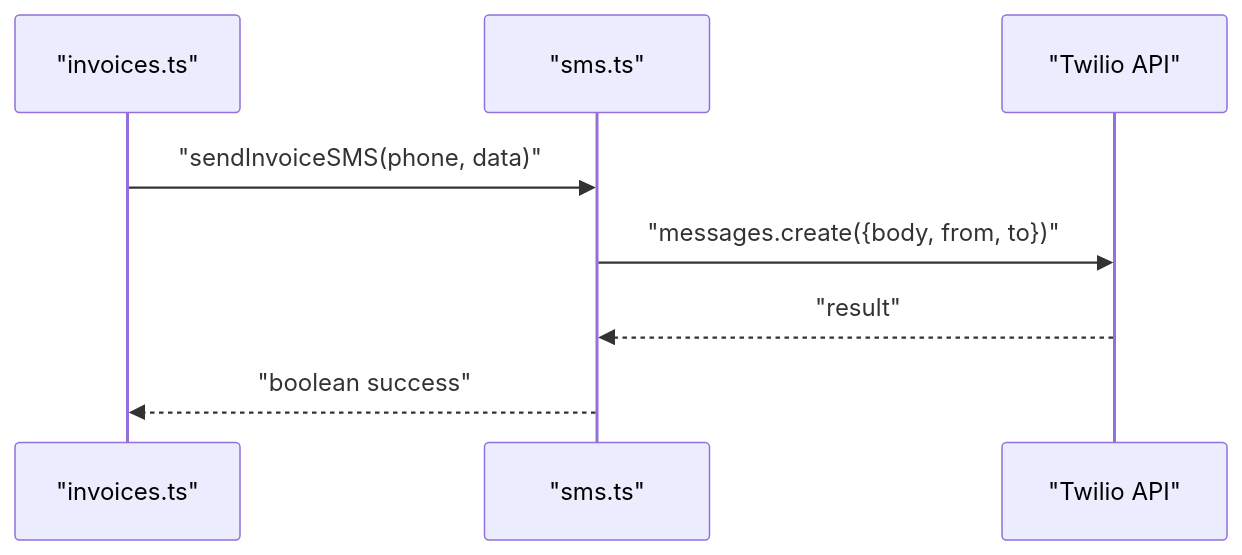
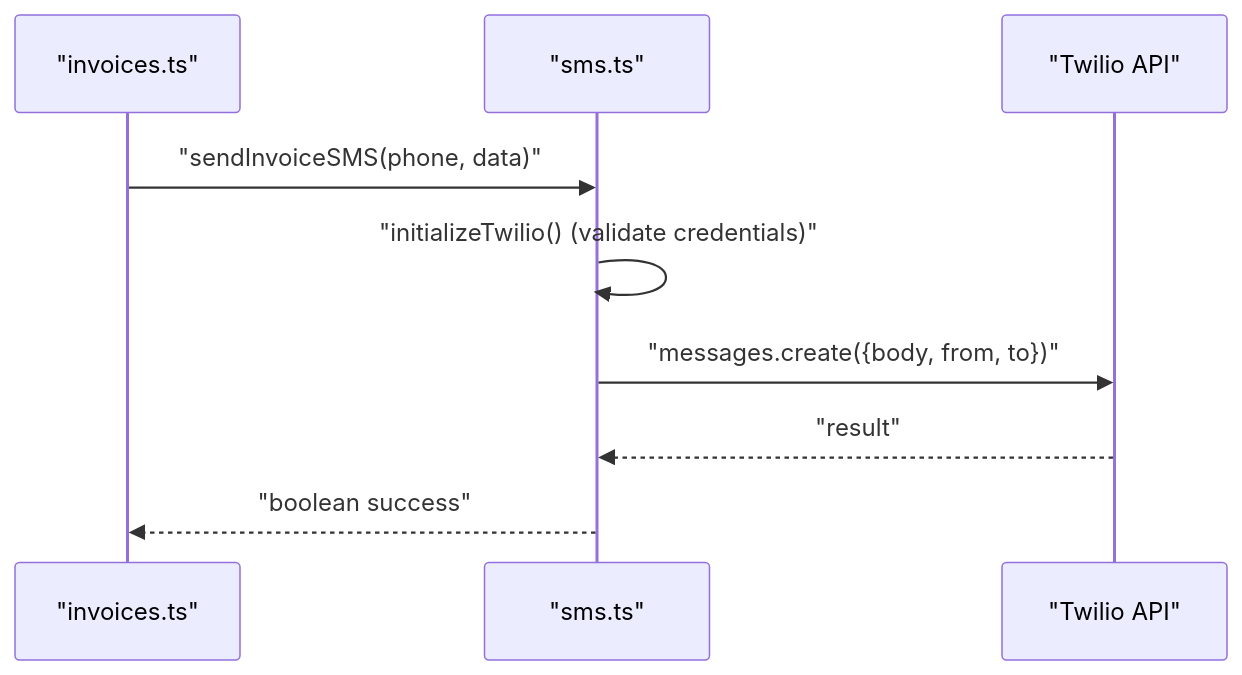
Before and after one commit to Dequeue-Tech/DeQ-Bite: the sixth of 10 diagrams in .qoder/repowiki/en/content/Document Generation/Document Generation.md, drawn with Mermaid. The commit also changed other lines of this file and 8 other files, not shown here.

````diff
--- a/.qoder/repowiki/en/content/Document Generation/Document Generation.md
+++ b/.qoder/repowiki/en/content/Document Generation/Document Generation.md
@@ -273,10 +295,11 @@
 ```mermaid
 sequenceDiagram
 participant Inv as "invoices.ts"
 participant SmsLib as "sms.ts"
 participant Twilio as "Twilio API"
 Inv->>SmsLib : "sendInvoiceSMS(phone, data)"
+SmsLib->>SmsLib : "initializeTwilio() (validate credentials)"
 SmsLib->>Twilio : "messages.create({body, from, to})"
 Twilio-->>SmsLib : "result"
 SmsLib-->>Inv : "boolean success"
 ```
````
